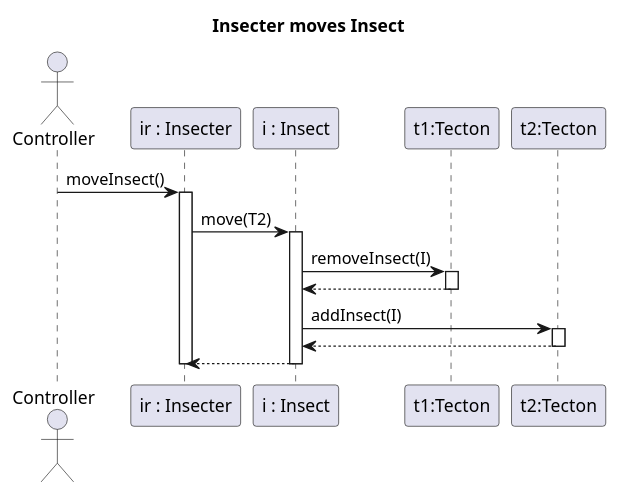
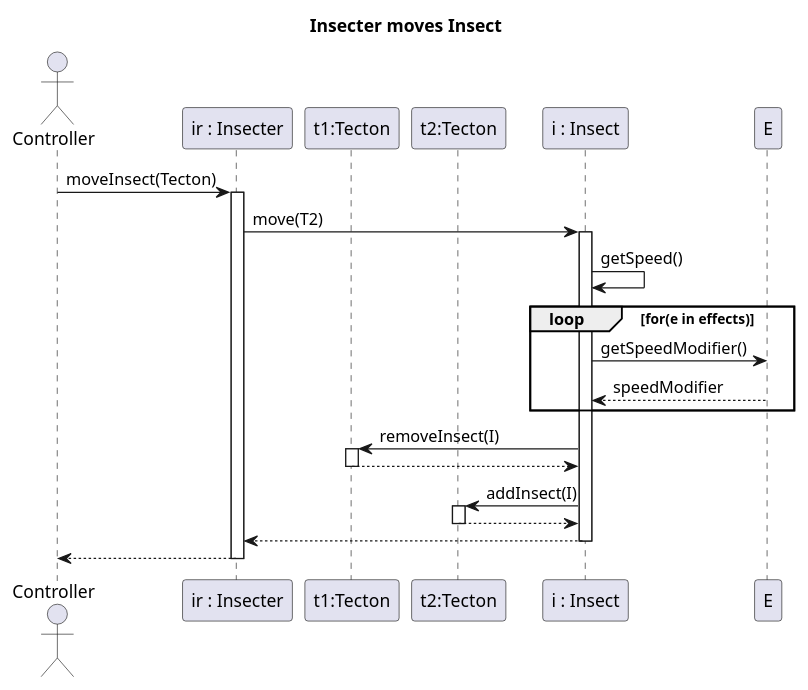
Before and after one commit to Petya-G/fungorium: the diagram in 3/sequence/moveInsect.puml, drawn with PlantUML. The commit also changed 2 other files, not shown here.

Commit message:
# check effects when moving

```diff
--- a/3/sequence/moveInsect.puml
+++ b/3/sequence/moveInsect.puml
@@ -1,29 +1,40 @@
 @startuml moveInsect
 title Insecter moves Insect
 
 actor Controller
 participant "ir : Insecter" as IR
 participant "i : Insect" as I
 participant "t1:Tecton" as T1
 participant "t2:Tecton" as T2
+participant "e :Effect" as I
 
-Controller -> IR: moveInsect()
+Controller -> IR: moveInsect(Tecton)
 activate IR
 IR -> I: move(T2) 
 activate I
+
+I -> I : getSpeed()
+
+    loop for(e in effects)
+        I -> E : getSpeedModifier()
+        I <-- E : speedModifier
+    end
+
+
 I -> T1: removeInsect(I)
 activate T1
 T1 --> I:
 deactivate T1
 I -> T2: addInsect(I)
 activate T2
 T2 --> I:
 deactivate T2
 
 I --> IR
 
 deactivate I
 
+Controller <-- IR
 deactivate IR
 deactivate IR
 @enduml
```
